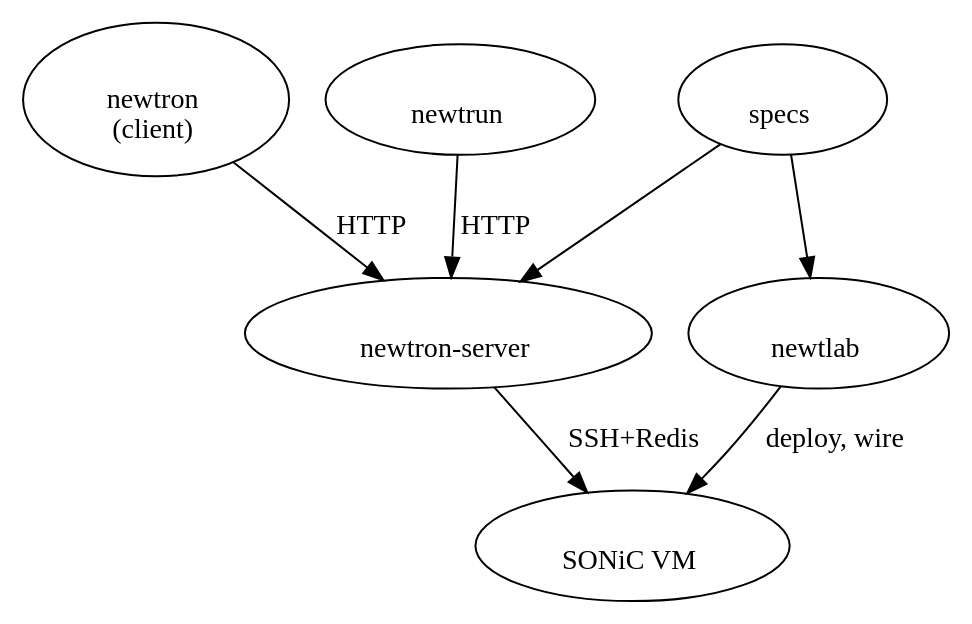
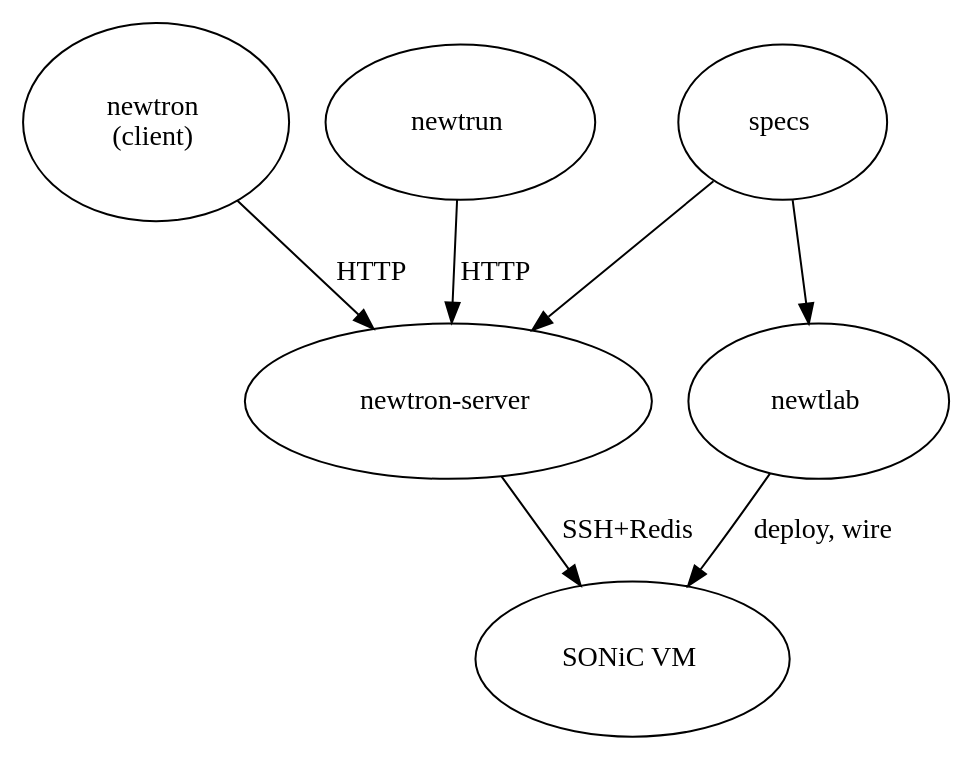
Before and after one commit to aldrin-isaac/newtron: the diagram in docs/diagrams/system-overview.dot, drawn with Graphviz. The commit also changed 2 other files, not shown here.

Commit message:
Diagram guidelines: symmetric box padding, rendering workflow, layout control
Document the full graph-easy workflow in CLAUDE.md: box padding via
\n and spaces in DOT node names, layout control via Graph::Easy
native attributes, and the edit-render-paste-commit workflow.

Fix system-overview.dot to use \n\n for bottom padding (symmetric
blank lines above and below all labels).

```diff
--- a/docs/diagrams/system-overview.dot
+++ b/docs/diagrams/system-overview.dot
@@ -1,9 +1,9 @@
 digraph {
     rankdir=TB;
-    "\n  newtron  \n  (client)  \n" -> "\n  newtron-server  \n" [label="HTTP"];
-    "\n  newtrun  \n" -> "\n  newtron-server  \n" [label="HTTP"];
-    "\n  specs  \n" -> "\n  newtron-server  \n";
-    "\n  specs  \n" -> "\n  newtlab  \n";
-    "\n  newtron-server  \n" -> "\n  SONiC VM  \n" [label="SSH+Redis"];
-    "\n  newtlab  \n" -> "\n  SONiC VM  \n" [label="deploy, wire"];
+    "\n  newtron  \n  (client)  \n\n" -> "\n  newtron-server  \n\n" [label="HTTP"];
+    "\n  newtrun  \n\n" -> "\n  newtron-server  \n\n" [label="HTTP"];
+    "\n  specs  \n\n" -> "\n  newtron-server  \n\n";
+    "\n  specs  \n\n" -> "\n  newtlab  \n\n";
+    "\n  newtron-server  \n\n" -> "\n  SONiC VM  \n\n" [label="SSH+Redis"];
+    "\n  newtlab  \n\n" -> "\n  SONiC VM  \n\n" [label="deploy, wire"];
 }
```
